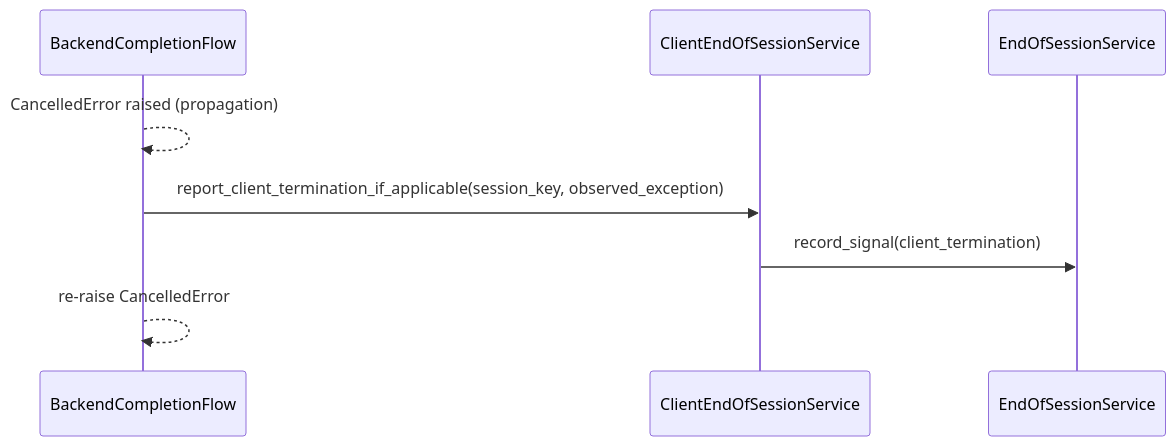
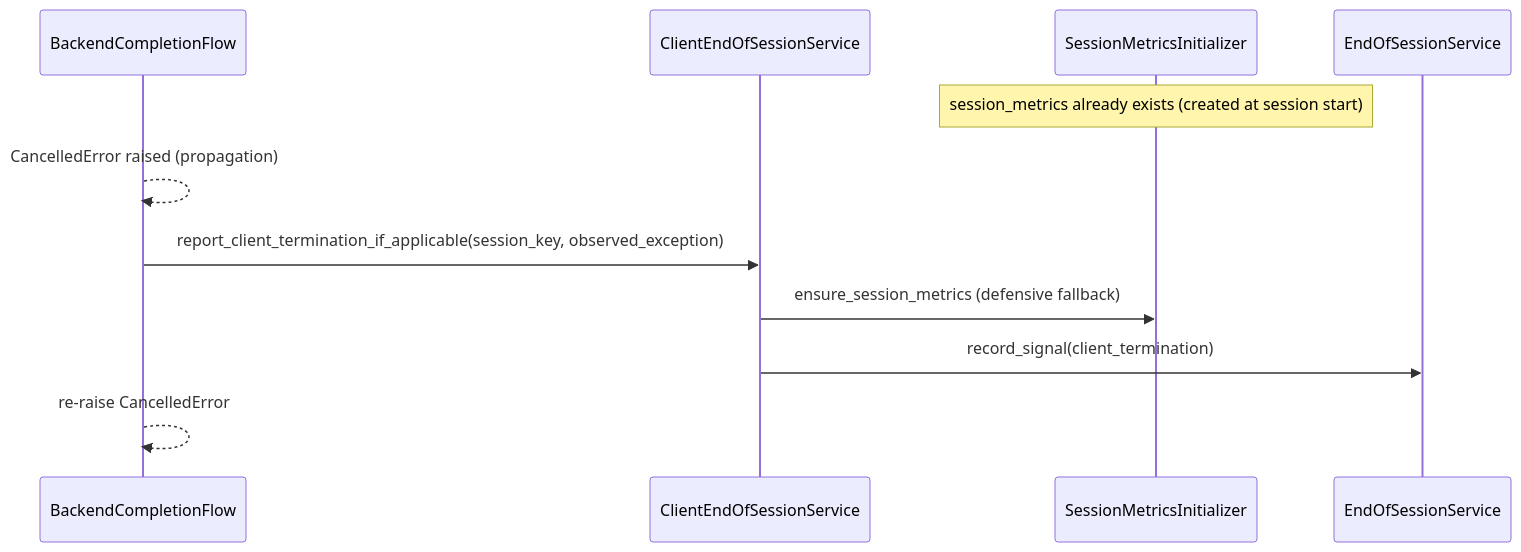
One commit to matdev83/llm-interactive-proxy changed the fifth of 7 diagrams in .kiro/specs/client-end-of-session-handling/design.md. Above: the diagram before and after it, drawn with Mermaid. The commit also changed other lines of this file and 1 other file, not shown here.

Commit message:
Create spec: .kiro\specs\client-end-of-session-handling

````diff
--- a/.kiro/specs/client-end-of-session-handling/design.md
+++ b/.kiro/specs/client-end-of-session-handling/design.md
@@ -117,11 +182,14 @@
 ```mermaid
 sequenceDiagram
-  participant BackendFlow as BackendCompletionFlow
-  participant ClientEos as ClientEndOfSessionService
-  participant Eos as EndOfSessionService
+	  participant BackendFlow as BackendCompletionFlow
+	  participant ClientEos as ClientEndOfSessionService
+	  participant MetricsInit as SessionMetricsInitializer
+	  participant Eos as EndOfSessionService
 
-  BackendFlow -->> BackendFlow: CancelledError raised (propagation)
-  BackendFlow ->> ClientEos: report_client_termination_if_applicable(session_key, observed_exception)
-  ClientEos ->> Eos: record_signal(client_termination)
-  BackendFlow -->> BackendFlow: re-raise CancelledError
+	  Note over MetricsInit: session_metrics already exists (created at session start)
+	  BackendFlow -->> BackendFlow: CancelledError raised (propagation)
+	  BackendFlow ->> ClientEos: report_client_termination_if_applicable(session_key, observed_exception)
+	  ClientEos ->> MetricsInit: ensure_session_metrics (defensive fallback)
+	  ClientEos ->> Eos: record_signal(client_termination)
+	  BackendFlow -->> BackendFlow: re-raise CancelledError
 ```
````
